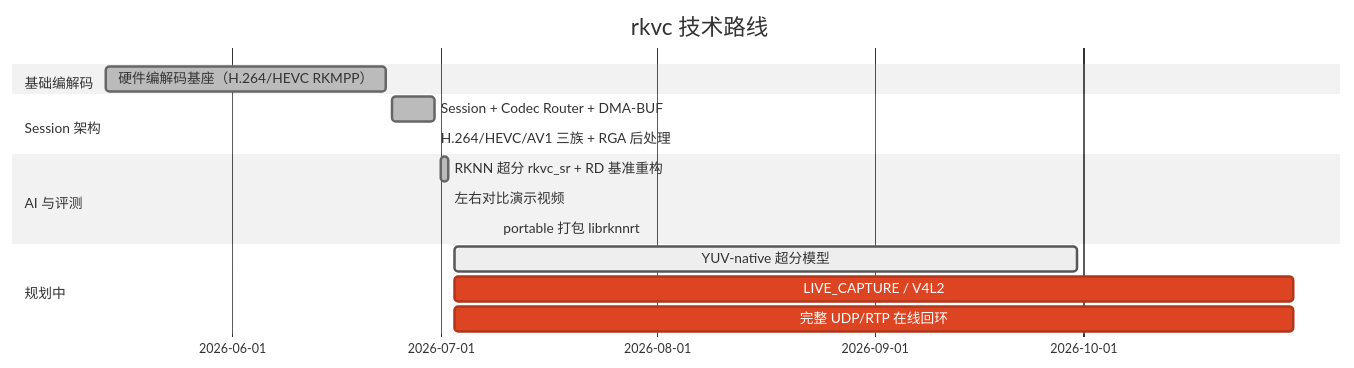
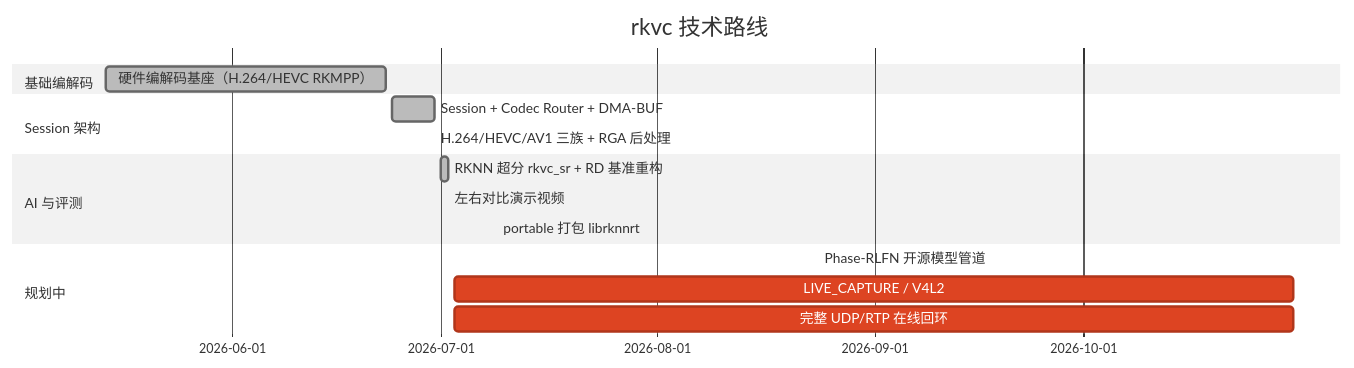
Before and after one commit to Puiching-Memory/rockchip-video-codec: the diagram in docs/delivery.md, drawn with Mermaid (neutral theme). The commit also changed other lines of this file and 53 other files, not shown here.

````diff
--- a/docs/delivery.md
+++ b/docs/delivery.md
@@ -52,18 +52,18 @@
 ```mermaid
 gantt
     title rkvc 技术路线
     dateFormat YYYY-MM-DD
     section 基础编解码
     硬件编解码基座（H.264/HEVC RKMPP）    :done, v01, 2026-05-14, 2026-06-23
   section Session 架构
     Session + Codec Router + DMA-BUF      :done, v20, 2026-06-24, 2026-06-30
     H.264/HEVC/AV1 三族 + RGA 后处理      :done, v20b, 2026-06-30, 2026-06-30
   section AI 与评测
     RKNN 超分 rkvc_sr + RD 基准重构       :done, v21, 2026-07-01, 2026-07-02
     左右对比演示视频                      :done, v21b, 2026-07-02, 2026-07-02
     portable 打包 librknnrt               :done, v22, 2026-07-09, 2026-07-09
   section 规划中
-    YUV-native 超分模型                   :active, yuv, 2026-07-03, 2026-09-30
+    Phase-RLFN 开源模型管道               :done, yuv, 2026-08-24, 2026-08-24
     LIVE_CAPTURE / V4L2                   :crit, v4l2, 2026-07-03, 2026-10-31
     完整 UDP/RTP 在线回环                 :crit, net, 2026-07-03, 2026-10-31
 ```
````
